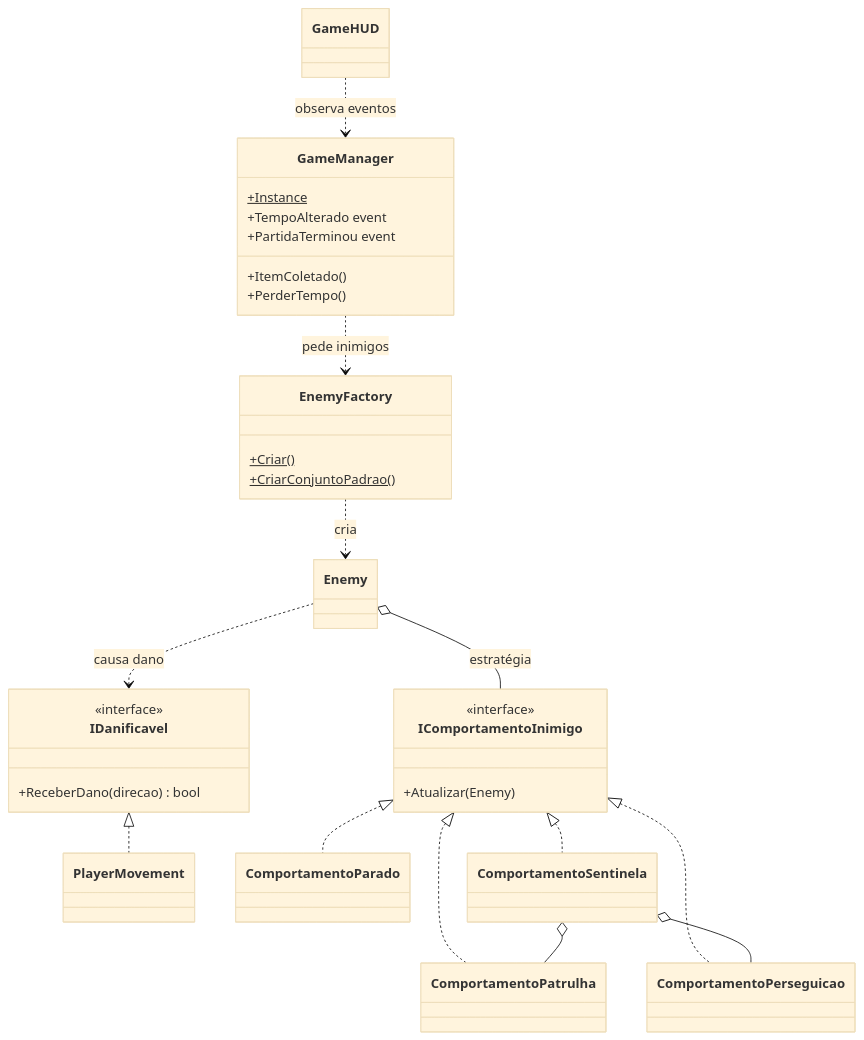
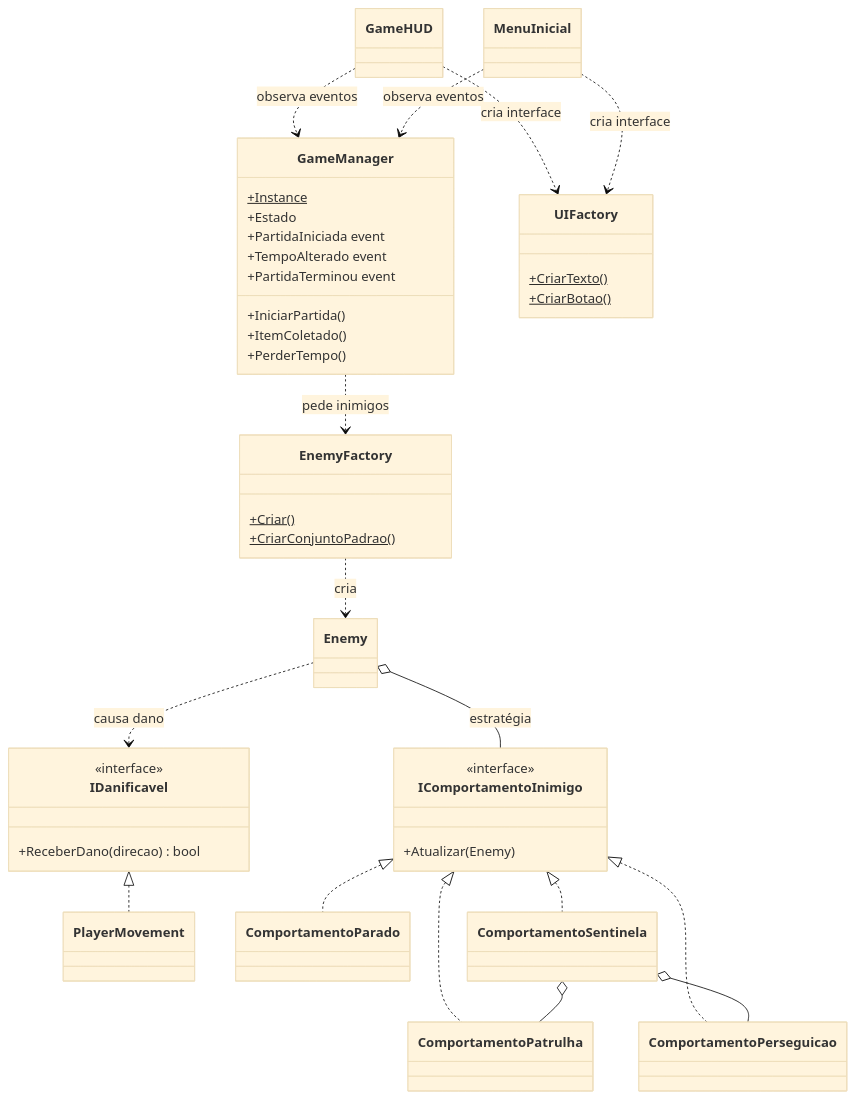
One commit to iranhonorato/Jogo-Intro changed the first of 2 diagrams in README.md. Above: the diagram before and after it, drawn with Mermaid (base theme). The commit also changed other lines of this file, not shown here.

````diff
--- a/README.md
+++ b/README.md
@@ -53,38 +66,49 @@
 ```mermaid
 classDiagram
     class GameManager {
         +Instance$
+        +Estado
+        +PartidaIniciada event
         +TempoAlterado event
         +PartidaTerminou event
+        +IniciarPartida()
         +ItemColetado()
         +PerderTempo()
     }
     class GameHUD
+    class MenuInicial
+    class UIFactory {
+        +CriarTexto()$
+        +CriarBotao()$
+    }
     class Enemy
     class EnemyFactory {
         +Criar()$
         +CriarConjuntoPadrao()$
     }
     class IComportamentoInimigo {
         <<interface>>
         +Atualizar(Enemy)
     }
     class IDanificavel {
         <<interface>>
         +ReceberDano(direcao) bool
     }
     class PlayerMovement
 
     GameHUD ..> GameManager : observa eventos
+    MenuInicial ..> GameManager : observa eventos
+    GameHUD ..> UIFactory : cria interface
+    MenuInicial ..> UIFactory : cria interface
     GameManager ..> EnemyFactory : pede inimigos
     EnemyFactory ..> Enemy : cria
     Enemy o-- IComportamentoInimigo : estratégia
     IComportamentoInimigo <|.. ComportamentoParado
     IComportamentoInimigo <|.. ComportamentoPatrulha
     IComportamentoInimigo <|.. ComportamentoPerseguicao
     IComportamentoInimigo <|.. ComportamentoSentinela
     ComportamentoSentinela o-- ComportamentoPatrulha
     ComportamentoSentinela o-- ComportamentoPerseguicao
     Enemy ..> IDanificavel : causa dano
     IDanificavel <|.. PlayerMovement
 ```
````
